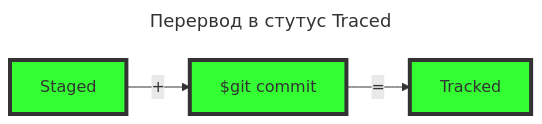
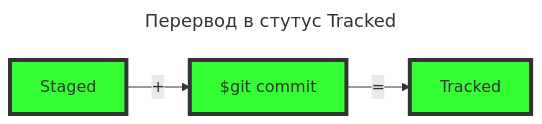
Before and after one commit to Pointabc/YPGitLab1: the second of 2 diagrams in README.md, drawn with Mermaid. The commit also changed other lines of this file, not shown here.

Commit message:
Поправить описание статуса Tracked (title) и текст описания (переносы строк).

````diff
--- a/README.md
+++ b/README.md
@@ -56,10 +56,10 @@
 ```mermaid
 ---
-title: "Перервод в стутус Traced"
+title: "Перервод в стутус Tracked"
 ---
 graph LR;
     A[Staged] -->|+| B[$git commit] -->|=| C[Tracked]
     style A fill:#3f3,stroke:#333,stroke-width:4px
     style B fill:#3f3,stroke:#333,stroke-width:4px
     style C fill:#3f3,stroke:#333,stroke-width:4px
 ```
````
